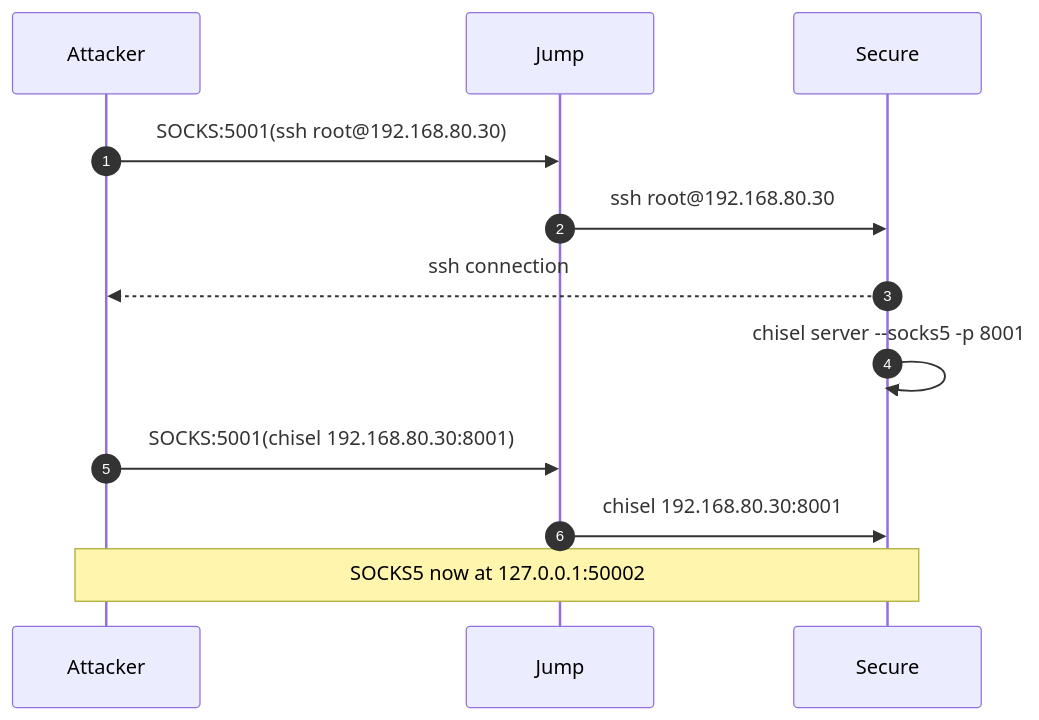
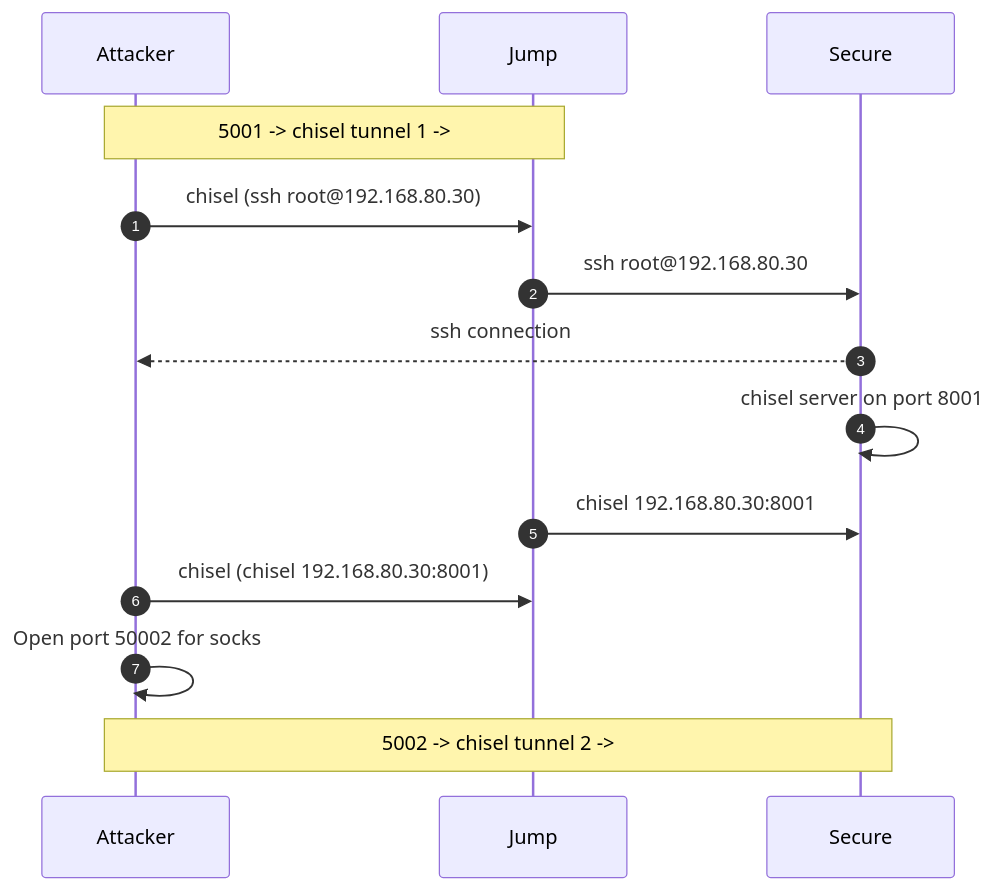
Before and after one commit to Sophtix/hackeriot_ctf: the fourth of 5 diagrams in network_tunneling_pivoting_workshop_diagrams.md, drawn with Mermaid. The commit also changed other lines of this file, not shown here.

Commit message:
updated diagrams

````diff
--- a/network_tunneling_pivoting_workshop_diagrams.md
+++ b/network_tunneling_pivoting_workshop_diagrams.md
@@ -116,15 +117,17 @@
 ```mermaid
 sequenceDiagram
   autonumber
   participant A as Attacker
   participant J as Jump
   participant S as Secure
 
-  A->>J: SOCKS:5001(ssh root@192.168.80.30)
+  Note over A,J: 5001 -> chisel tunnel 1 ->
+  A->>J: chisel (ssh root@192.168.80.30)
   J->>S: ssh root@192.168.80.30
   S-->>A: ssh connection
-  S->>S: chisel server --socks5 -p 8001
-  A->>J: SOCKS:5001(chisel 192.168.80.30:8001)
+  S->>S: chisel server on port 8001
   J->>S: chisel 192.168.80.30:8001
-  Note over A,S: SOCKS5 now at 127.0.0.1:50002
+  A->>J: chisel (chisel 192.168.80.30:8001)
+  A->>A: Open port 50002 for socks
+  Note over A,S: 5002 -> chisel tunnel 2 ->
 ```
````
